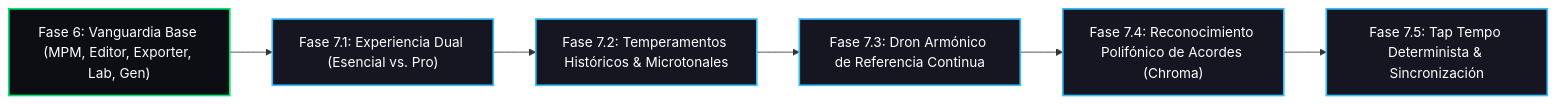
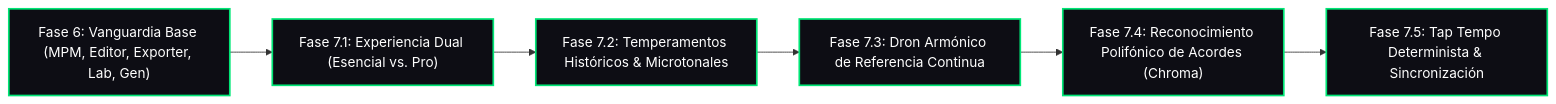
One commit to Nicolas11Leon/Tunner changed the diagram in docs/01_product_vision/doc_state_of_the_art_vanguard_roadmap.md. Above: the diagram before and after it, drawn with Mermaid. The commit also changed other lines of this file, not shown here.

Commit message:
docs: mark all vanguard phases 7.1 to 7.5 as completed in roadmap

````diff
--- a/docs/01_product_vision/doc_state_of_the_art_vanguard_roadmap.md
+++ b/docs/01_product_vision/doc_state_of_the_art_vanguard_roadmap.md
@@ -53,11 +53,11 @@
 ```mermaid
 graph LR
     classDef phase fill:#161622,stroke:#38BDF8,stroke-width:2px,color:#fff;
     classDef done fill:#0D0D14,stroke:#00E676,stroke-width:2px,color:#fff;
 
-    F6["Fase 6: Vanguardia Base (MPM, Editor, Exporter, Lab, Gen)"]:::done --> F71["Fase 7.1: Experiencia Dual (Esencial vs. Pro)"]:::phase
-    F71 --> F72["Fase 7.2: Temperamentos Históricos & Microtonales"]:::phase
-    F72 --> F73["Fase 7.3: Dron Armónico de Referencia Continua"]:::phase
-    F73 --> F74["Fase 7.4: Reconocimiento Polifónico de Acordes (Chroma)"]:::phase
-    F74 --> F75["Fase 7.5: Tap Tempo Determinista & Sincronización"]:::phase
+    F6["Fase 6: Vanguardia Base (MPM, Editor, Exporter, Lab, Gen)"]:::done --> F71["Fase 7.1: Experiencia Dual (Esencial vs. Pro)"]:::done
+    F71 --> F72["Fase 7.2: Temperamentos Históricos & Microtonales"]:::done
+    F72 --> F73["Fase 7.3: Dron Armónico de Referencia Continua"]:::done
+    F73 --> F74["Fase 7.4: Reconocimiento Polifónico de Acordes (Chroma)"]:::done
+    F74 --> F75["Fase 7.5: Tap Tempo Determinista & Sincronización"]:::done
 ```
````
